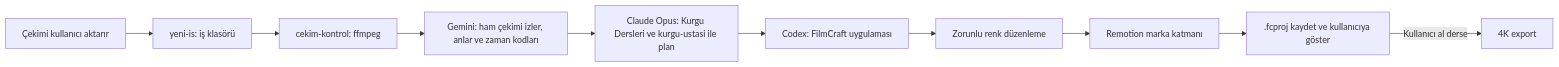
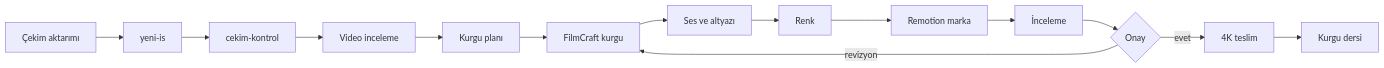
One commit to Ustakalfa/kurgu-sistemi changed the diagram in README.md. Above: the diagram before and after it, drawn with Mermaid. The commit also changed other lines of this file and 85 other files, not shown here.

````diff
--- a/README.md
+++ b/README.md
@@ -9,12 +23,16 @@
 ```mermaid
 flowchart LR
-A[Çekimi kullanıcı aktarır] --> B[yeni-is: iş klasörü]
-B --> C[cekim-kontrol: ffmpeg]
-C --> D[Gemini: ham çekimi izler, anlar ve zaman kodları]
-D --> E[Claude Opus: Kurgu Dersleri ve kurgu-ustasi ile plan]
-E --> F[Codex: FilmCraft uygulaması]
-F --> G[Zorunlu renk düzenleme]
-G --> H[Remotion marka katmanı]
-H --> I[.fcproj kaydet ve kullanıcıya göster]
-I -->|Kullanıcı al derse| J[4K export]
+ A[Çekim aktarımı] --> B[yeni-is]
+ B --> C[cekim-kontrol]
+ C --> D[Video inceleme]
+ D --> E[Kurgu planı]
+ E --> F[FilmCraft kurgu]
+ F --> G[Ses ve altyazı]
+ G --> H[Renk]
+ H --> I[Remotion marka]
+ I --> J[İnceleme]
+ J --> K{Onay}
+ K -->|revizyon| F
+ K -->|evet| L[4K teslim]
+ L --> M[Kurgu dersi]
 ```
````
